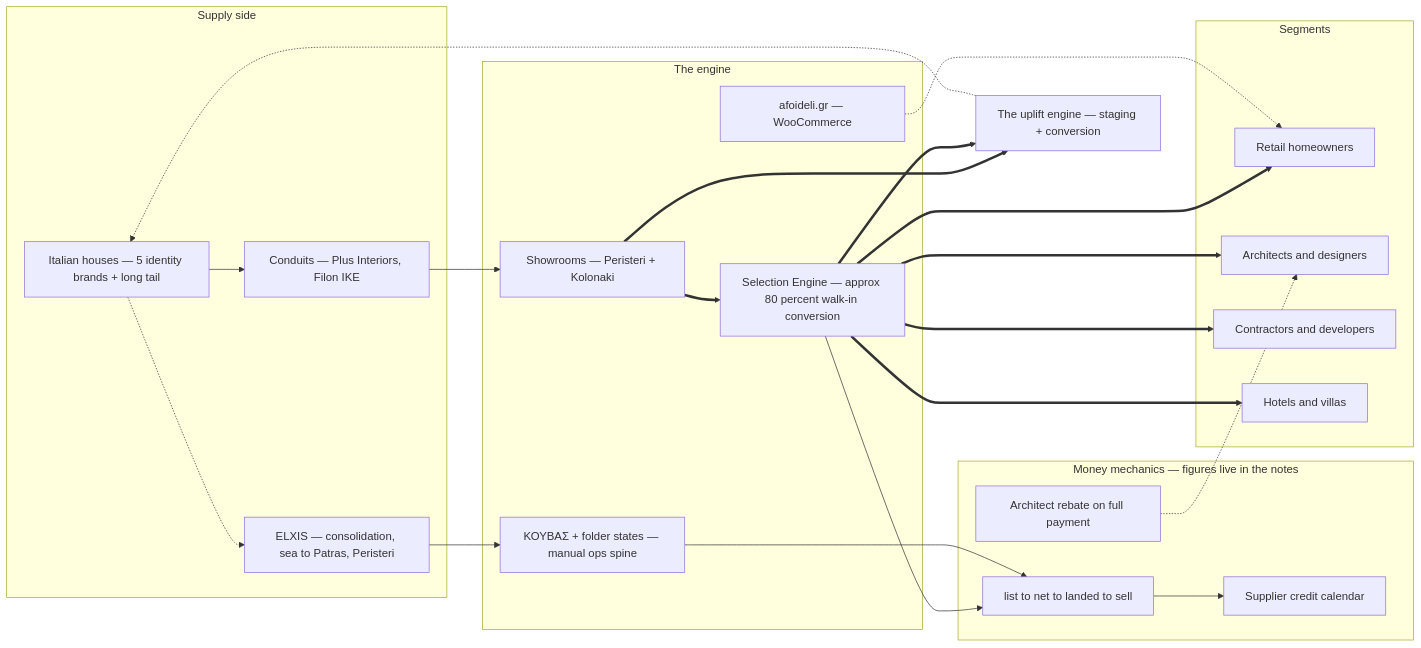
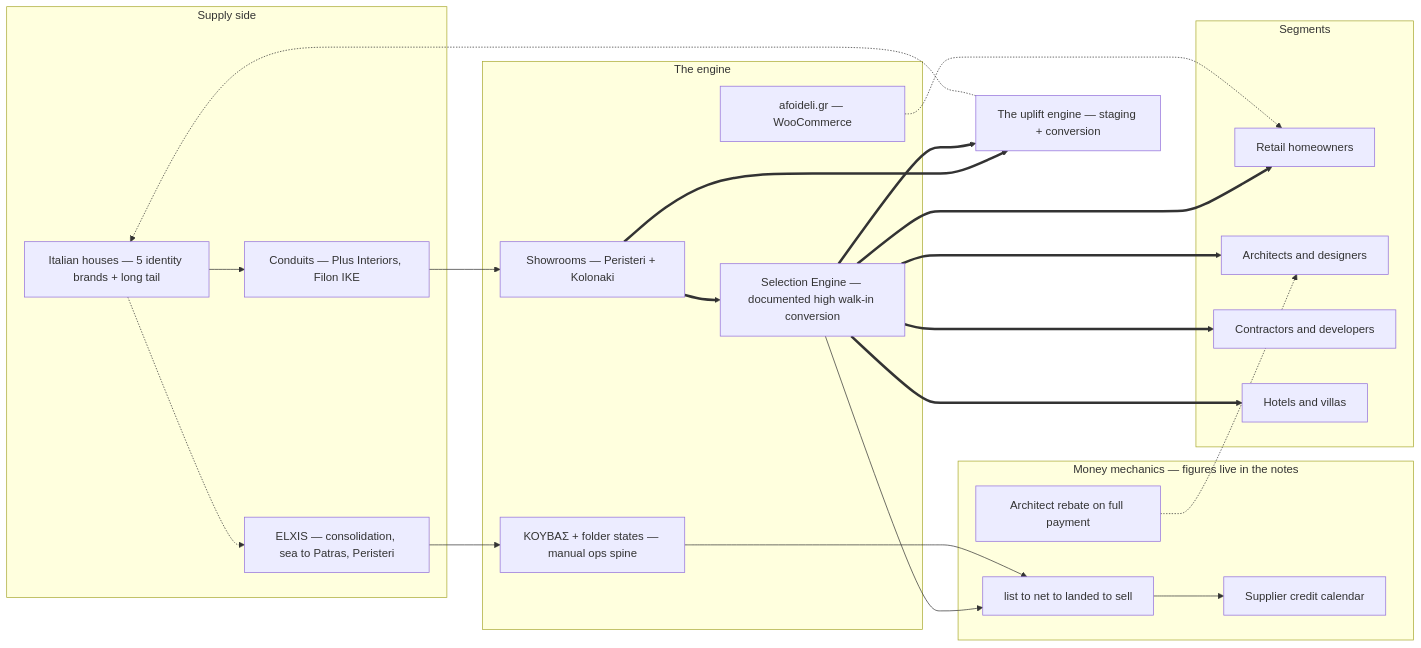
The second of 7 diagrams in docs/REPO_ANALYSIS.md (OrfeasDelis/afoi-deli-vault), drawn with Mermaid before and after one commit. The commit also changed other lines of this file and 10 other files, not shown here.

````diff
--- a/docs/REPO_ANALYSIS.md
+++ b/docs/REPO_ANALYSIS.md
@@ -151,44 +151,44 @@
 ```mermaid
 graph LR
     subgraph supply["Supply side"]
         houses["Italian houses — 5 identity brands + long tail"]
         cond["Conduits — Plus Interiors, Filon IKE"]
         elxis["ELXIS — consolidation, sea to Patras, Peristeri"]
     end
     subgraph engine["The engine"]
         show["Showrooms — Peristeri + Kolonaki"]
-        sel["Selection Engine — approx 80 percent walk-in conversion"]
+        sel["Selection Engine — documented high walk-in conversion"]
         kouvas["ΚΟΥΒΑΣ + folder states — manual ops spine"]
         web["afoideli.gr — WooCommerce"]
     end
     subgraph seg["Segments"]
         retail["Retail homeowners"]
         arch["Architects and designers"]
         contr["Contractors and developers"]
         hosp["Hotels and villas"]
     end
     subgraph money["Money mechanics — figures live in the notes"]
         chain["list to net to landed to sell"]
         credit["Supplier credit calendar"]
         rebate["Architect rebate on full payment"]
     end
     moat["The uplift engine — staging + conversion"]
 
     houses --> cond
     cond --> show
     houses -.-> elxis
     elxis --> kouvas
     show ==> sel
     sel ==> retail
     sel ==> arch
     sel ==> contr
     sel ==> hosp
     web -.-> retail
     sel --> chain
     kouvas --> chain
     chain --> credit
     rebate -.-> arch
     show ==> moat
     sel ==> moat
     moat -.-> houses
 ```
````
